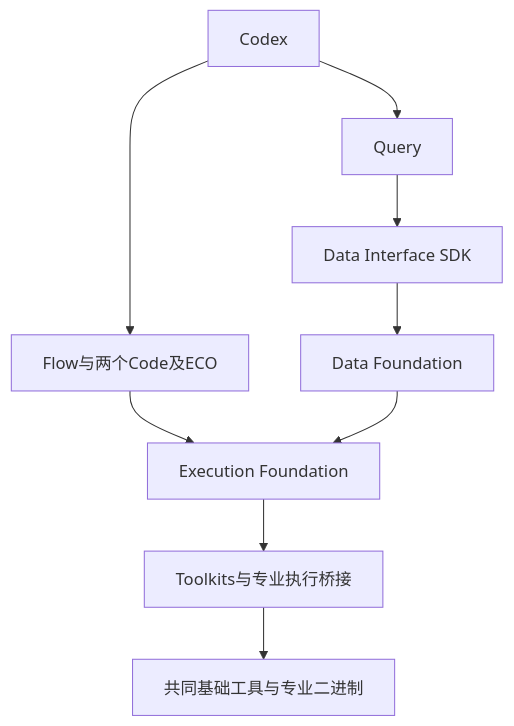
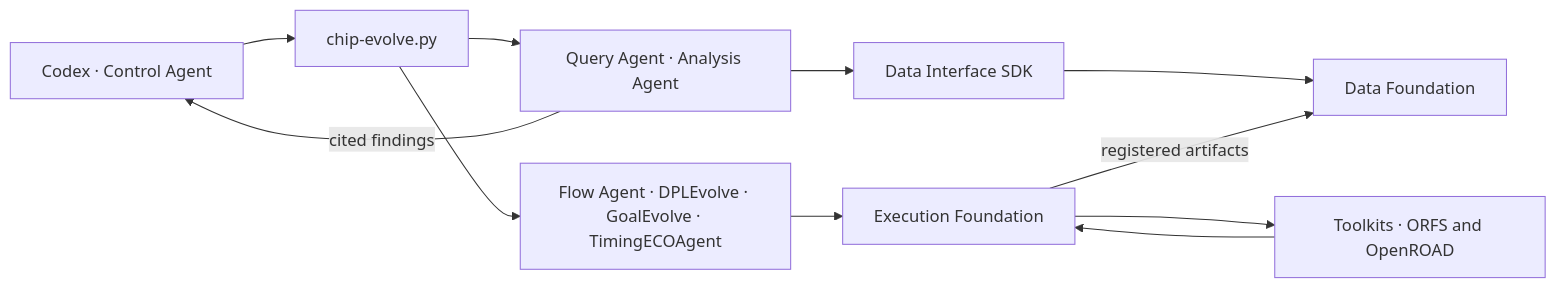
One commit to CODA-Team/ChipEvolve changed the diagram in ARCHITECTURE.md. Above: the diagram before and after it, drawn with Mermaid. The commit also changed other lines of this file and 4 other files, not shown here.

````diff
--- a/ARCHITECTURE.md
+++ b/ARCHITECTURE.md
@@ -445,11 +5,13 @@
 ```mermaid
-flowchart TD
-  C[Codex] --> Q[Query]
-  Q --> DI[Data Interface SDK]
-  DI --> DF[Data Foundation]
-  C --> A[Flow与两个Code及ECO]
-  A --> EF[Execution Foundation]
-  EF --> T[Toolkits与专业执行桥接]
-  T --> O[共同基础工具与专业二进制]
-  DF --> EF
+flowchart LR
+    C[Codex · Control Agent] --> B[chip-evolve.py]
+    B --> Q[Query Agent · Analysis Agent]
+    Q --> I[Data Interface SDK]
+    I --> D[Data Foundation]
+    B --> A[Flow Agent · DPLEvolve · GoalEvolve · TimingECOAgent]
+    A --> E[Execution Foundation]
+    E --> T[Toolkits · ORFS and OpenROAD]
+    T --> E
+    E -->|registered artifacts| D
+    Q -->|cited findings| C
 ```
````
